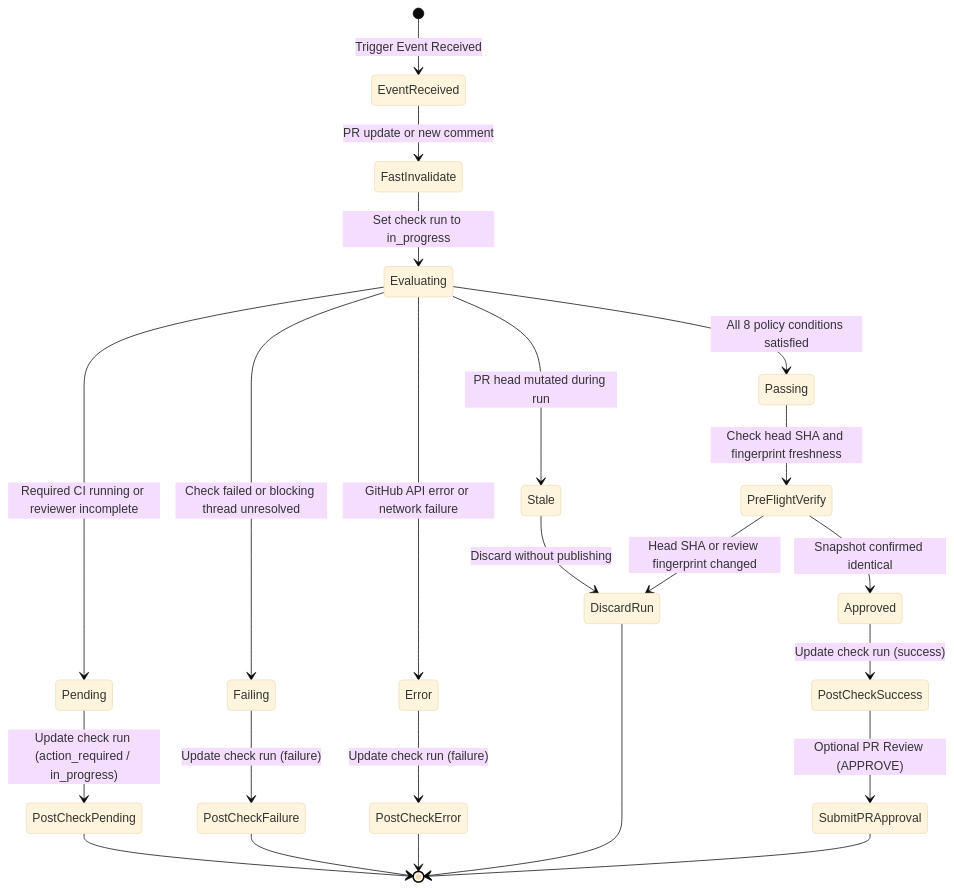
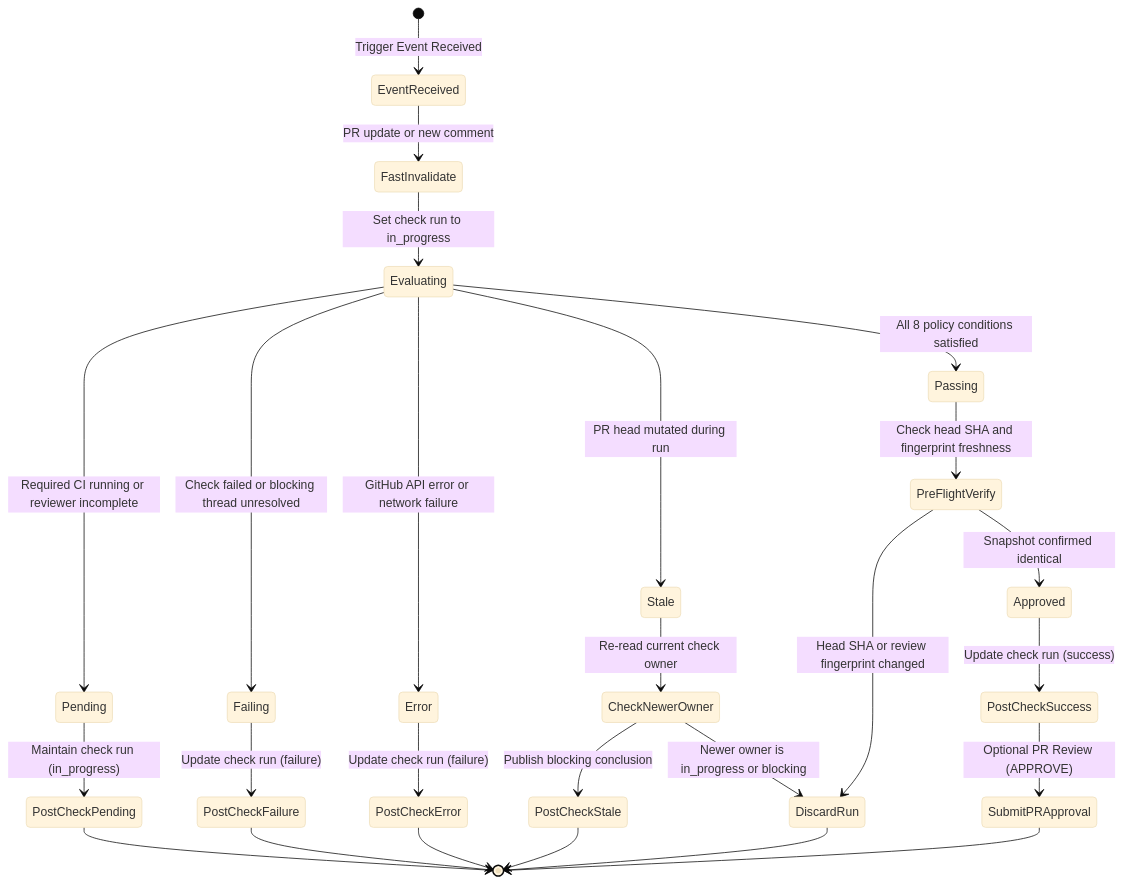
One commit to gordonpn/merge-verdict changed the diagram in docs/events-and-state.md. Above: the diagram before and after it, drawn with Mermaid (base theme). The commit also changed 6 other files, not shown here.

````diff
--- a/docs/events-and-state.md
+++ b/docs/events-and-state.md
@@ -133,30 +133,33 @@
 ```mermaid
 stateDiagram-v2
     [*] --> EventReceived: Trigger Event Received
     EventReceived --> FastInvalidate: PR update or new comment
     FastInvalidate --> Evaluating: Set check run to in_progress
 
     Evaluating --> Pending: Required CI running or reviewer incomplete
     Evaluating --> Failing: Check failed or blocking thread unresolved
     Evaluating --> Stale: PR head mutated during run
     Evaluating --> Error: GitHub API error or network failure
     Evaluating --> Passing: All 8 policy conditions satisfied
 
-    Pending --> PostCheckPending: Update check run (action_required / in_progress)
+    Pending --> PostCheckPending: Maintain check run (in_progress)
     Failing --> PostCheckFailure: Update check run (failure)
     Error --> PostCheckError: Update check run (failure)
-    Stale --> DiscardRun: Discard without publishing
+    Stale --> CheckNewerOwner: Re-read current check owner
+    CheckNewerOwner --> DiscardRun: Newer owner is in_progress or blocking
+    CheckNewerOwner --> PostCheckStale: Publish blocking conclusion
 
     Passing --> PreFlightVerify: Check head SHA and fingerprint freshness
     PreFlightVerify --> DiscardRun: Head SHA or review fingerprint changed
     PreFlightVerify --> Approved: Snapshot confirmed identical
 
     Approved --> PostCheckSuccess: Update check run (success)
     PostCheckSuccess --> SubmitPRApproval: Optional PR Review (APPROVE)
 
     PostCheckPending --> [*]
     PostCheckFailure --> [*]
     PostCheckError --> [*]
+    PostCheckStale --> [*]
     DiscardRun --> [*]
     SubmitPRApproval --> [*]
 ```
````
